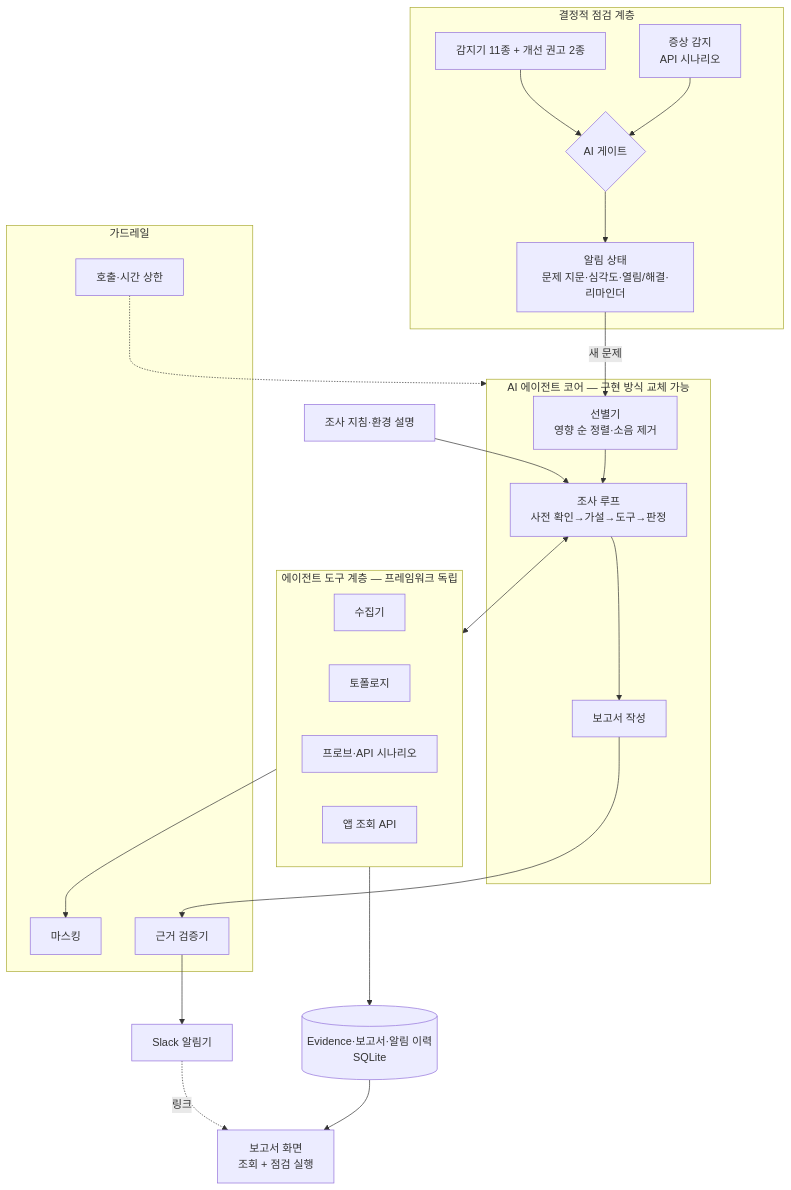
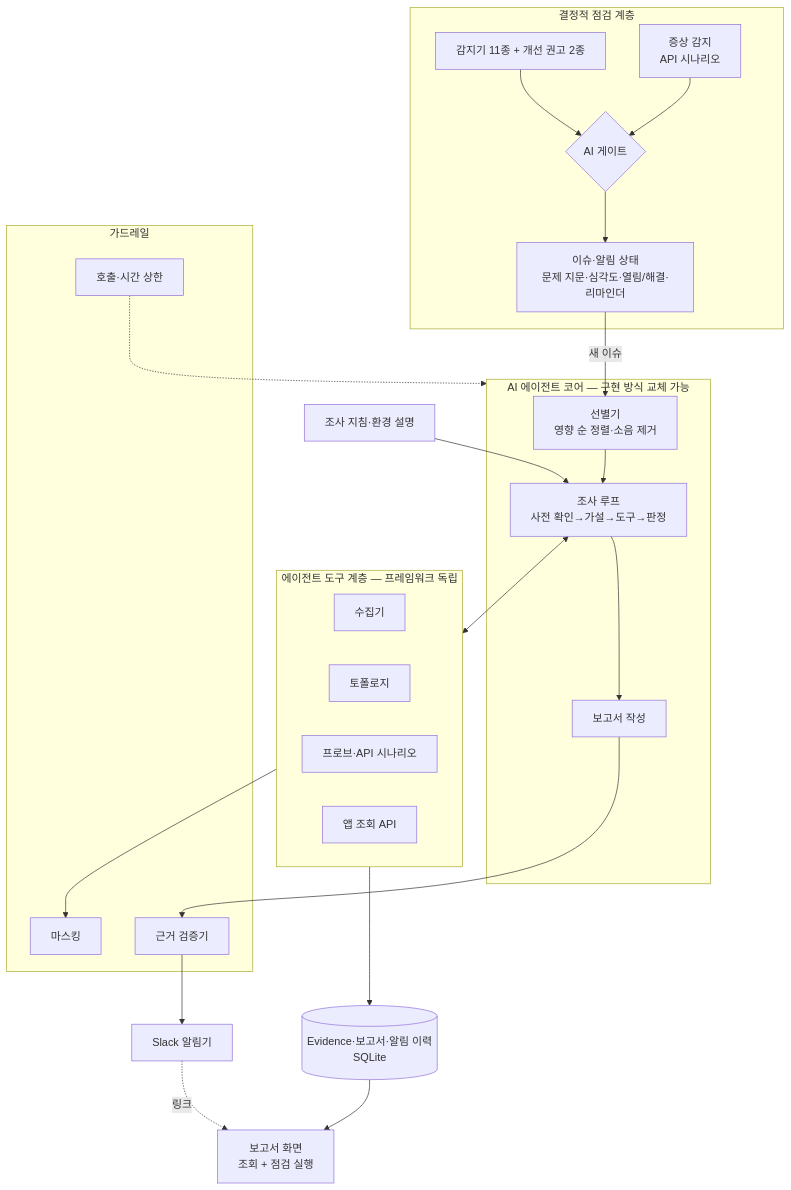
One commit to skax-jihyeryu/KubeGuardian changed the third of 3 diagrams in docs/01-project-proposal.md. Above: the diagram before and after it, drawn with Mermaid. The commit also changed other lines of this file, not shown here.

````diff
--- a/docs/01-project-proposal.md
+++ b/docs/01-project-proposal.md
@@ -229,37 +229,37 @@
 ```mermaid
 flowchart TB
     subgraph Det[결정적 점검 계층]
         Rules[감지기 11종 + 개선 권고 2종]
         Sym[증상 감지<br/>API 시나리오]
         Gate{AI 게이트}
-        Alert[알림 상태<br/>문제 지문·심각도·열림/해결·리마인더]
+        Alert[이슈·알림 상태<br/>문제 지문·심각도·열림/해결·리마인더]
         Rules --> Gate
         Sym --> Gate
         Gate --> Alert
     end
     subgraph Agent[AI 에이전트 코어 — 구현 방식 교체 가능]
         Triage[선별기<br/>영향 순 정렬·소음 제거]
         Inv[조사 루프<br/>사전 확인→가설→도구→판정]
         Writer[보고서 작성]
     end
     subgraph Tools[에이전트 도구 계층 — 프레임워크 독립]
         Col[수집기]
         Topo[토폴로지]
         Probe[프로브·API 시나리오]
         App[앱 조회 API]
     end
     subgraph Guard[가드레일]
         Mask[마스킹]
         Val[근거 검증기]
         Bud[호출·시간 상한]
     end
-    Alert -->|새 문제| Triage --> Inv --> Writer
+    Alert -->|새 이슈| Triage --> Inv --> Writer
     Inv <--> Tools
     RB[조사 지침·환경 설명] --> Inv
     Tools --> Mask
     Writer --> Val --> Notify[Slack 알림기]
     Bud -.-> Agent
     Tools --> Store[(Evidence·보고서·알림 이력<br/>SQLite)]
     Store --> Screen[보고서 화면<br/>조회 + 점검 실행]
     Notify -. 링크 .-> Screen
 ```
````
